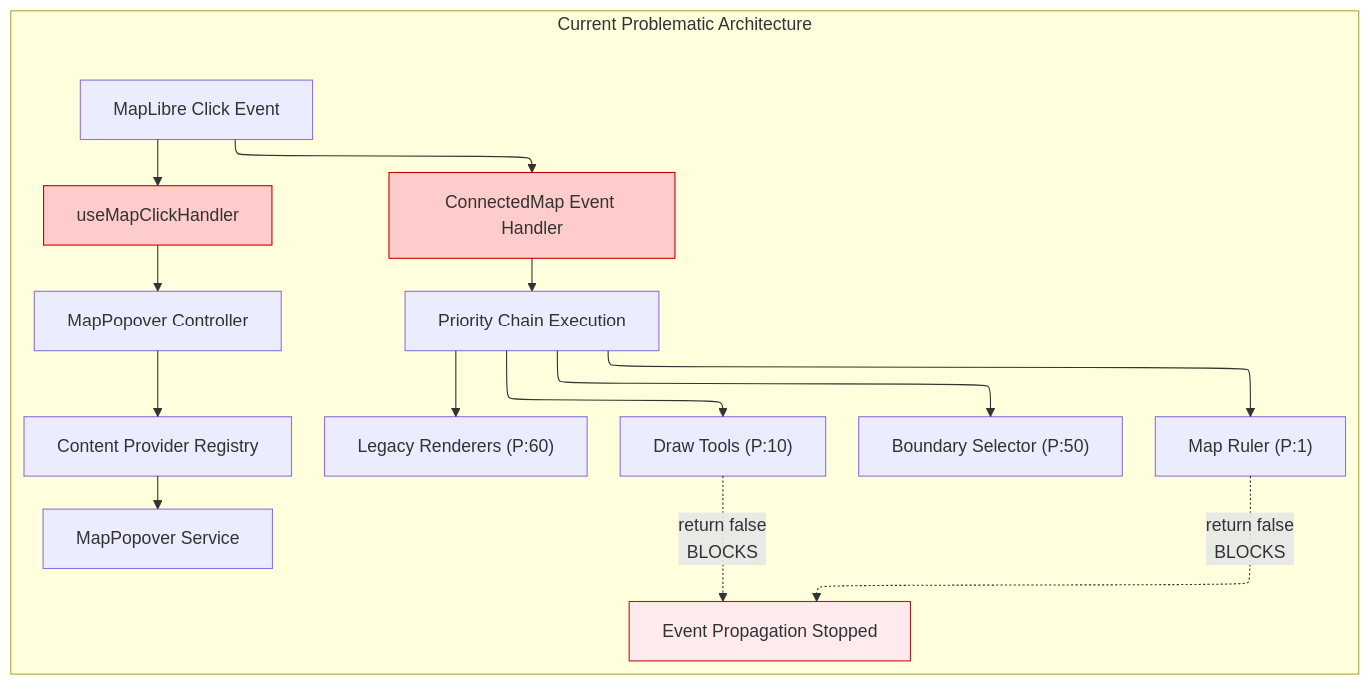
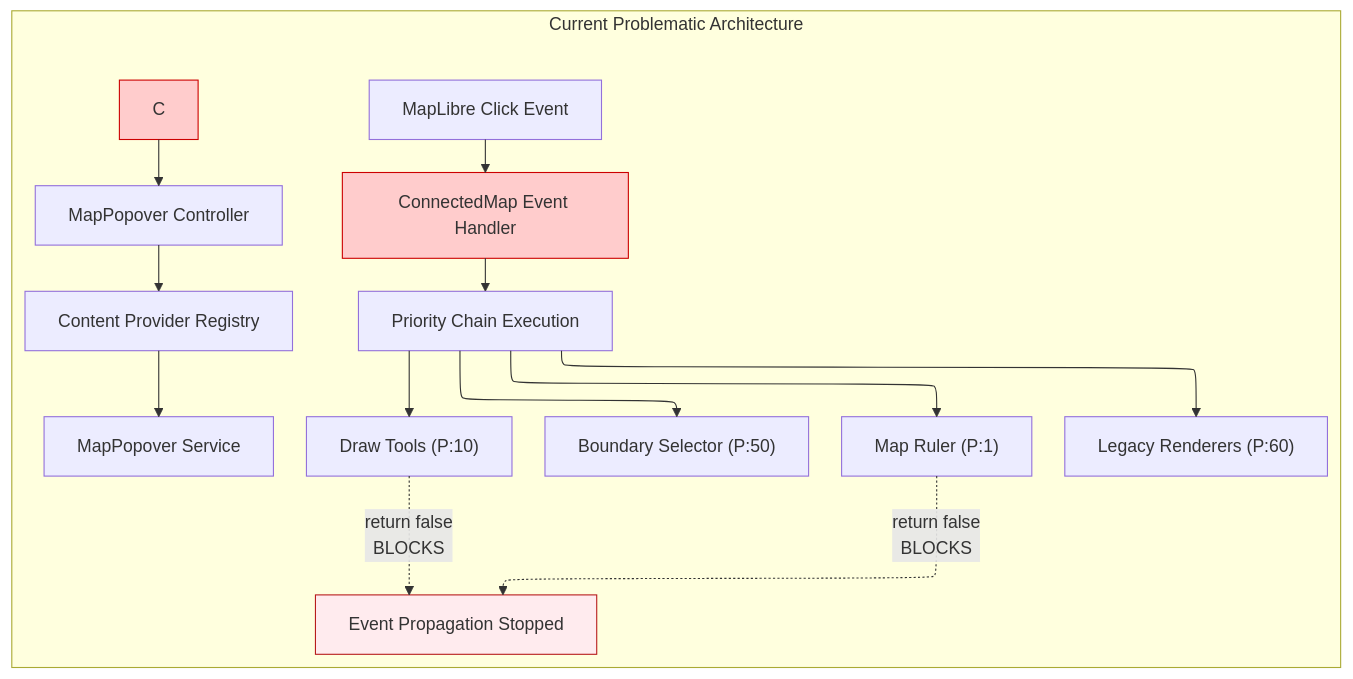
The first of 2 diagrams in docs/architecture/ADR-002-MapPopover-Event-System-Integration.md (konturio/disaster-ninja-fe), drawn with Mermaid before and after one commit. The commit also changed 10 other files, not shown here.

````diff
--- a/docs/architecture/ADR-002-MapPopover-Event-System-Integration.md
+++ b/docs/architecture/ADR-002-MapPopover-Event-System-Integration.md
@@ -38,28 +38,27 @@
 ```mermaid
 ---
 config:
   layout: elk
 ---
 graph TD
     subgraph "Current Problematic Architecture"
         A["MapLibre Click Event"] --> B["ConnectedMap Event Handler"]
-        A --> C["useMapClickHandler"]
 
         B --> D["Priority Chain Execution"]
         D --> E1["Map Ruler (P:1)"]
         D --> E2["Draw Tools (P:10)"]
         D --> E3["Boundary Selector (P:50)"]
         D --> E4["Legacy Renderers (P:60)"]
 
         C --> F["MapPopover Controller"]
         F --> G["Content Provider Registry"]
         G --> H["MapPopover Service"]
 
         E1 -.->|"return false<br/>BLOCKS"| I["Event Propagation Stopped"]
         E2 -.->|"return false<br/>BLOCKS"| I
 
         style B fill:#ffcccc,stroke:#cc0000
         style C fill:#ffcccc,stroke:#cc0000
         style I fill:#ffebee,stroke:#b71c1c
     end
 ```
````
